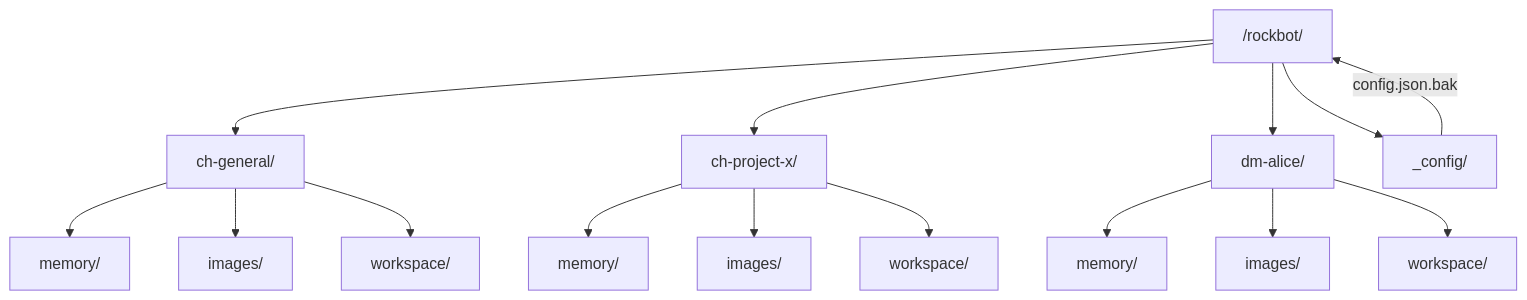
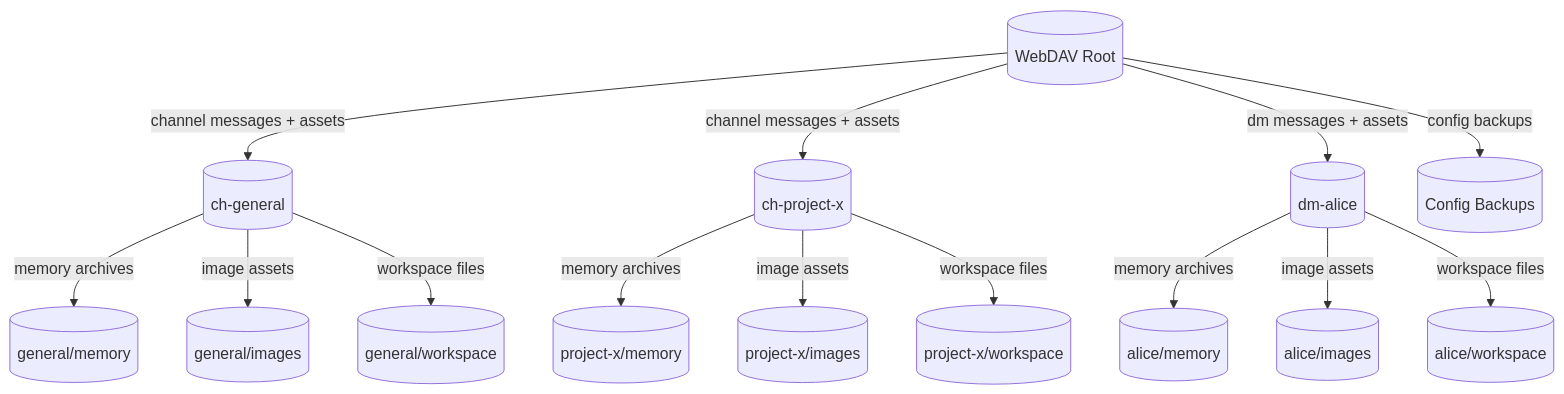
Before and after one commit to cosmoswafer/rockbot: the third of 3 diagrams in _dfds/webdav.md, drawn with Mermaid. The commit also changed other lines of this file and 7 other files, not shown here.

````diff
--- a/_dfds/webdav.md
+++ b/_dfds/webdav.md
@@ -71,32 +69,31 @@
 ```mermaid
 flowchart TD
-    ROOT["/rockbot/"]
-    CH["ch-general/"]
-    CH2["ch-project-x/"]
-    DM["dm-alice/"]
-    MEM_CH["memory/"]
-    MEM_CH2["memory/"]
-    MEM_DM["memory/"]
-    IMG_CH["images/"]
-    IMG_CH2["images/"]
-    IMG_DM["images/"]
-    WSP_CH["workspace/"]
-    WSP_CH2["workspace/"]
-    WSP_DM["workspace/"]
-    CFG_DIR["_config/"]
+    ROOT[(WebDAV Root)]
+    CH[(ch-general)]
+    CH2[(ch-project-x)]
+    DM[(dm-alice)]
+    MEM_CH[(general/memory)]
+    MEM_CH2[(project-x/memory)]
+    MEM_DM[(alice/memory)]
+    IMG_CH[(general/images)]
+    IMG_CH2[(project-x/images)]
+    IMG_DM[(alice/images)]
+    WSP_CH[(general/workspace)]
+    WSP_CH2[(project-x/workspace)]
+    WSP_DM[(alice/workspace)]
+    CFG_DIR[(Config Backups)]
 
-    ROOT --> CH
-    ROOT --> CH2
-    ROOT --> DM
-    ROOT --> CFG_DIR
-    CH --> MEM_CH
-    CH --> IMG_CH
-    CH --> WSP_CH
-    CH2 --> MEM_CH2
-    CH2 --> IMG_CH2
-    CH2 --> WSP_CH2
-    DM --> MEM_DM
-    DM --> IMG_DM
-    DM --> WSP_DM
-    CFG_DIR -->|"config.json.bak"| ROOT
+    ROOT -->|"channel messages + assets"| CH
+    ROOT -->|"channel messages + assets"| CH2
+    ROOT -->|"dm messages + assets"| DM
+    ROOT -->|"config backups"| CFG_DIR
+    CH -->|"memory archives"| MEM_CH
+    CH -->|"image assets"| IMG_CH
+    CH -->|"workspace files"| WSP_CH
+    CH2 -->|"memory archives"| MEM_CH2
+    CH2 -->|"image assets"| IMG_CH2
+    CH2 -->|"workspace files"| WSP_CH2
+    DM -->|"memory archives"| MEM_DM
+    DM -->|"image assets"| IMG_DM
+    DM -->|"workspace files"| WSP_DM
 ```
````
